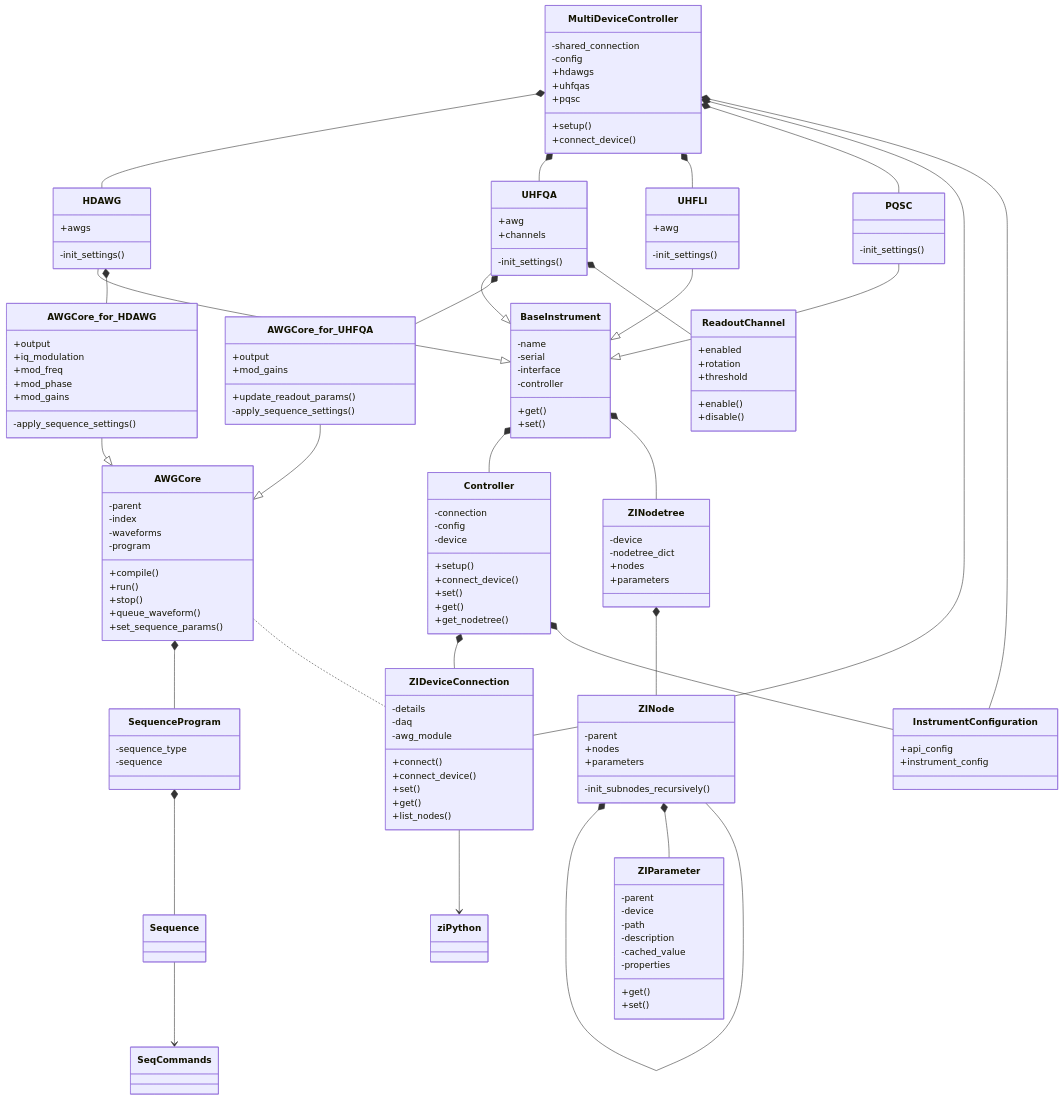
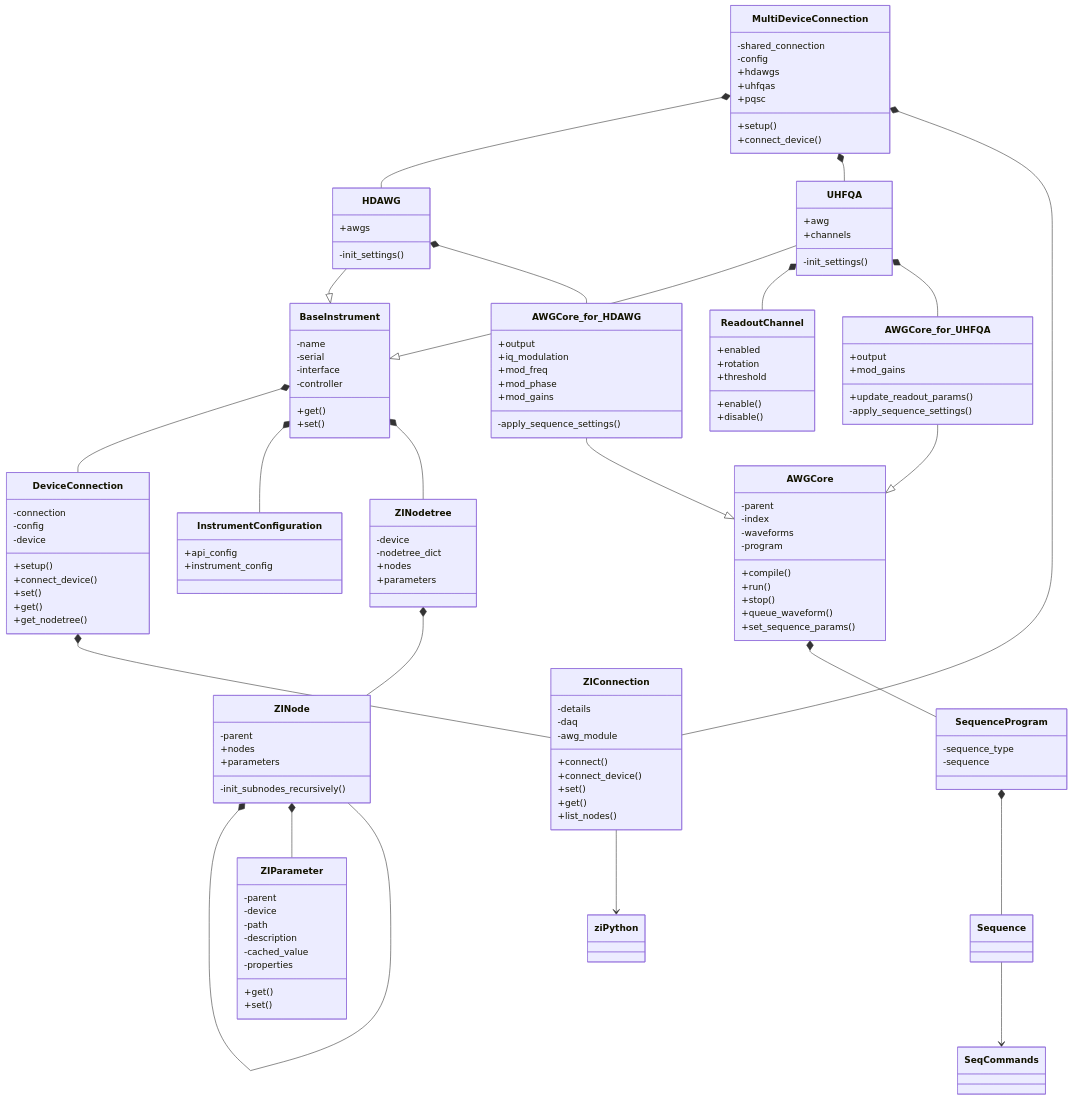
One commit to zhinst/zhinst-toolkit changed the diagram in class_diagram.md. Above: the diagram before and after it, drawn with Mermaid. The commit also changed other lines of this file and 5 other files, not shown here.

````diff
--- a/class_diagram.md
+++ b/class_diagram.md
@@ -4,38 +35,43 @@
 ```mermaid
 
 classDiagram
-    Controller *-- ZIDeviceConnection
-    ZIDeviceConnection --> ziPython
-    Controller *-- InstrumentConfiguration
+    MultiDeviceConnection *-- HDAWG
+    MultiDeviceConnection *-- UHFQA
+    
+    MultiDeviceConnection *-- ZIConnection
+    
+
+    HDAWG --|> BaseInstrument
+    HDAWG *-- AWGCore_for_HDAWG
+    UHFQA --|> BaseInstrument
+    UHFQA *-- ReadoutChannel
+    UHFQA *-- AWGCore_for_UHFQA
+    
+    
+    
+    AWGCore_for_HDAWG --|> AWGCore
+    AWGCore_for_UHFQA --|> AWGCore
     AWGCore *-- SequenceProgram
-    AWGCore .. ZIDeviceConnection
     SequenceProgram *-- Sequence
     Sequence --> SeqCommands
-    AWGCore_for_HDAWG --|> AWGCore
-    AWGCore_for_UHFQA --|> AWGCore
-    HDAWG --|> BaseInstrument
-    UHFQA --|> BaseInstrument
-    UHFLI --|> BaseInstrument
-    PQSC --|> BaseInstrument
-    BaseInstrument *-- Controller
-    HDAWG *-- AWGCore_for_HDAWG
-    UHFQA *-- AWGCore_for_UHFQA
-    UHFQA *-- ReadoutChannel
-    MultiDeviceController *-- HDAWG
-    MultiDeviceController *-- UHFQA
-    MultiDeviceController *-- UHFLI
-    MultiDeviceController *-- PQSC
-    MultiDeviceController *-- ZIDeviceConnection
-    MultiDeviceController *-- InstrumentConfiguration
+    
+    
+    BaseInstrument *-- DeviceConnection
+    BaseInstrument *-- InstrumentConfiguration
+    BaseInstrument *-- ZINodetree
+
     ZINodetree *-- ZINode
     ZINode *-- ZINode
     ZINode *-- ZIParameter
-    BaseInstrument *-- ZINodetree
-    
+
+    DeviceConnection *-- ZIConnection
+    ZIConnection --> ziPython
+
+
     
 
     
-    class Controller{
+    class DeviceConnection{
         -connection
         -config
         -device
@@ -45,7 +81,7 @@
         +get()
         +get_nodetree()  
     }
-    class ZIDeviceConnection{
+    class ZIConnection{
         -details
         -daq
         -awg_module
@@ -93,13 +129,6 @@
         +channels
         -init_settings()
     }
-    class UHFLI{
-        +awg
-        -init_settings()
-    }
-    class PQSC{
-        -init_settings()
-    }
     class ReadoutChannel{
         +enabled
         +rotation
@@ -122,7 +151,7 @@
         +update_readout_params()
         -apply_sequence_settings()
     }
-    class MultiDeviceController{
+    class MultiDeviceConnection{
         -shared_connection
         -config
         +hdawgs
````
